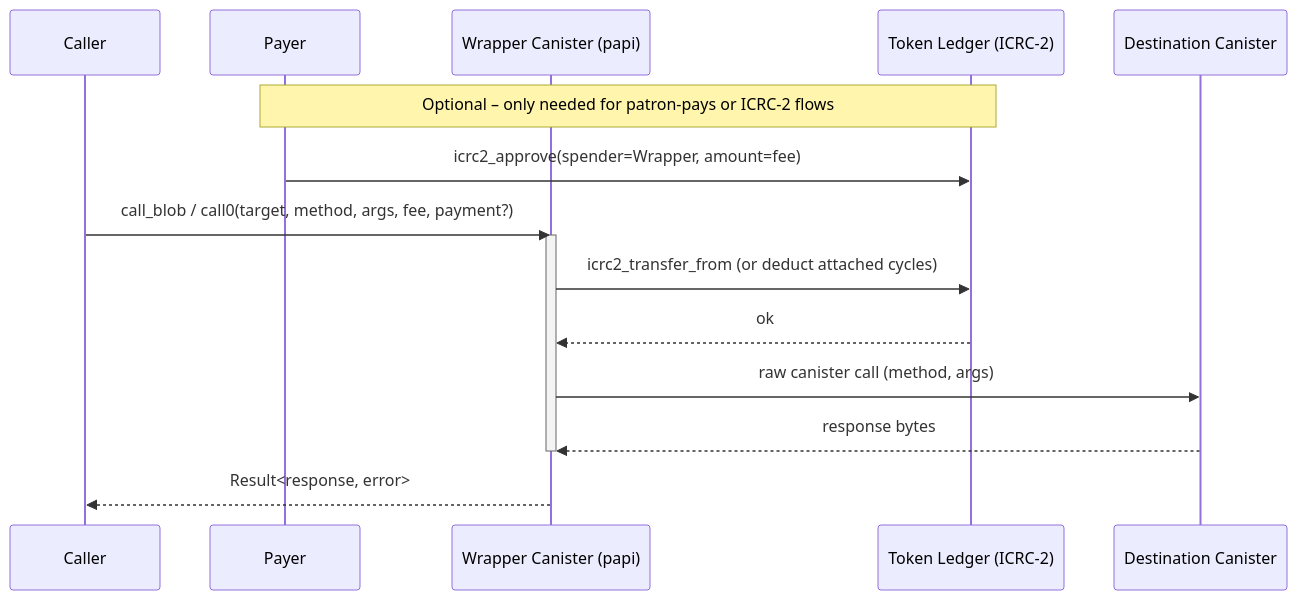
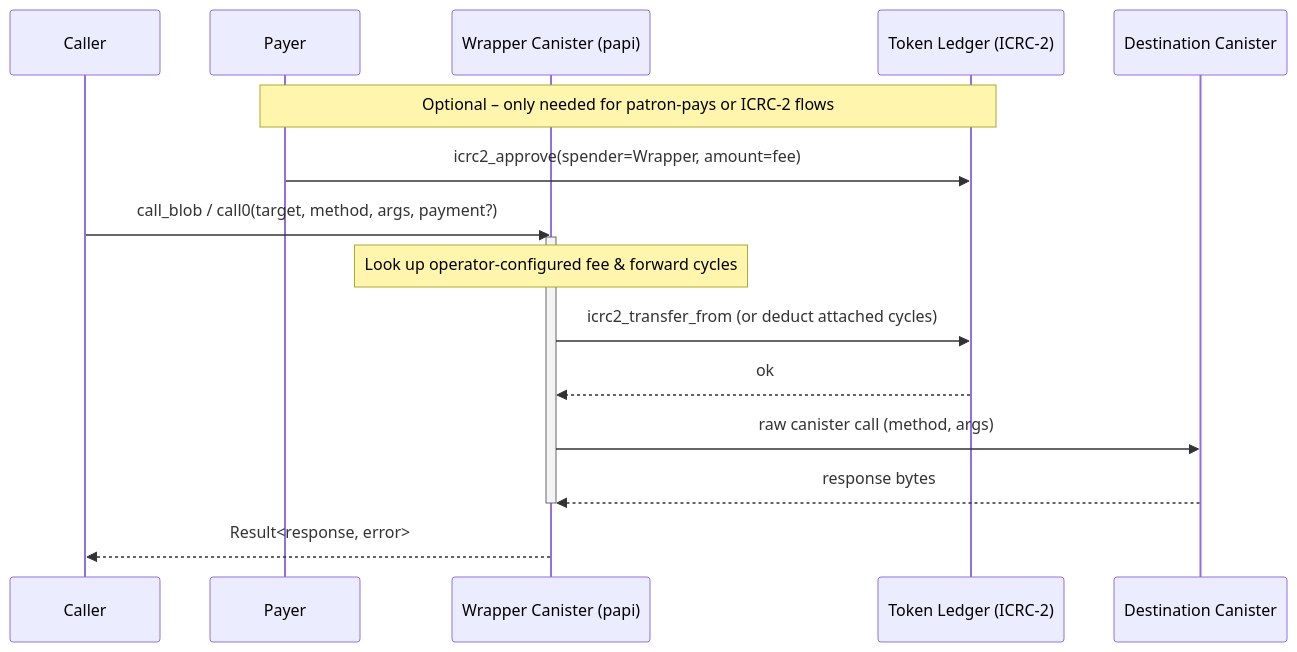
The diagram in README.md (dfinity/papi), drawn with Mermaid before and after one commit. The commit also changed other lines of this file and 7 other files, not shown here.

````diff
--- a/README.md
+++ b/README.md
@@ -149,20 +154,21 @@
 ```mermaid
 sequenceDiagram
     participant Caller
     participant Payer
     participant Wrapper as Wrapper Canister (papi)
     participant Ledger as Token Ledger (ICRC-2)
     participant Target as Destination Canister
 
     Note over Payer,Ledger: Optional – only needed for patron-pays or ICRC-2 flows
     Payer->>Ledger: icrc2_approve(spender=Wrapper, amount=fee)
 
-    Caller->>Wrapper: call_blob / call0(target, method, args, fee, payment?)
+    Caller->>Wrapper: call_blob / call0(target, method, args, payment?)
     activate Wrapper
+    Note over Wrapper: Look up operator-configured fee & forward cycles
     Wrapper->>Ledger: icrc2_transfer_from (or deduct attached cycles)
     Ledger-->>Wrapper: ok
     Wrapper->>Target: raw canister call (method, args)
     Target-->>Wrapper: response bytes
     deactivate Wrapper
     Wrapper-->>Caller: Result<response, error>
 ```
````
